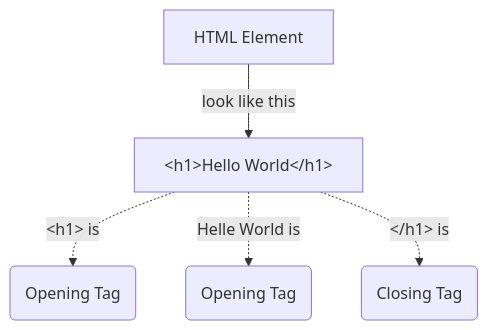
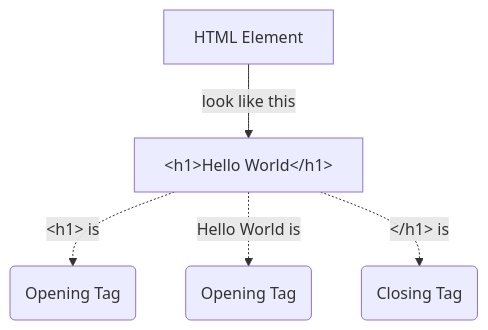
The first of 2 diagrams in html.md (engradeelnayyar/engradeelnayyar), drawn with Mermaid before and after one commit. The commit also changed other lines of this file, not shown here.

````diff
--- a/html.md
+++ b/html.md
@@ -2,9 +2,9 @@
 ```mermaid
 
 graph TD 
 
 A[HTML Element]--> |look like this| B["&lt;h1&gt;Hello World&lt;/h1&gt;"]
 B["&lt;h1&gt;Hello World&lt;/h1&gt;"]-.->|"&lt;h1&gt; is"| C(Opening Tag)
-B["&lt;h1&gt;Hello World&lt;/h1&gt;"]-.->|"Helle World is"| D(Opening Tag)
+B["&lt;h1&gt;Hello World&lt;/h1&gt;"]-.->|"Hello World is"| D(Opening Tag)
 B["&lt;h1&gt;Hello World&lt;/h1&gt;"]-.->|"&lt;/h1&gt; is"| E(Closing Tag)
 ```
````
